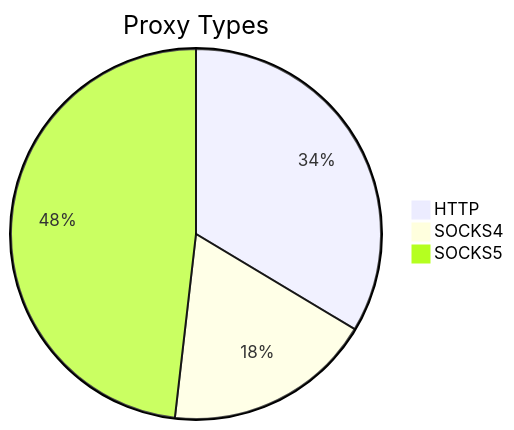
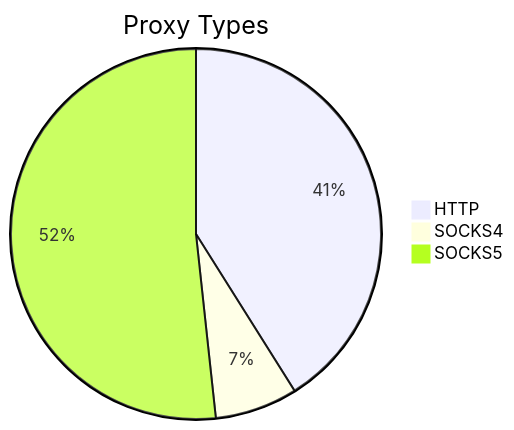
One commit to stormsia/proxy-list changed the first of 2 diagrams in README.md. Above: the diagram before and after it, drawn with Mermaid. The commit also changed other lines of this file, not shown here.

````diff
--- a/README.md
+++ b/README.md
@@ -21,6 +21,6 @@
 ```mermaid
 pie title Proxy Types
-    "HTTP" : 129
-    "SOCKS4" : 70
-    "SOCKS5" : 185
+    "HTTP" : 108
+    "SOCKS4" : 19
+    "SOCKS5" : 136
 ```
````
